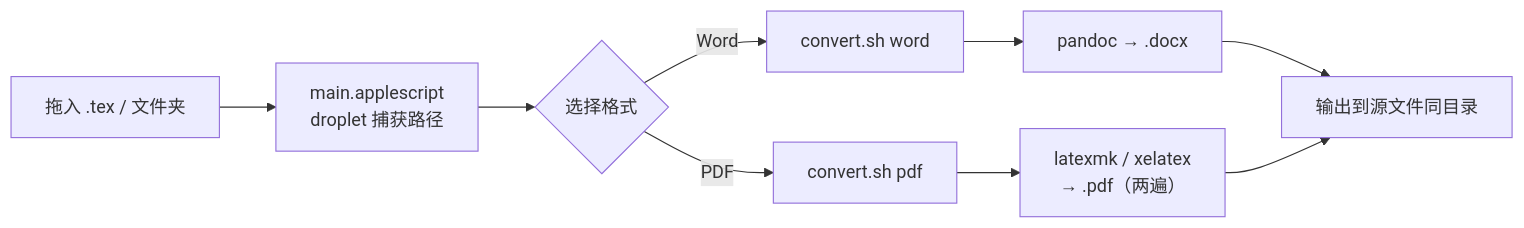
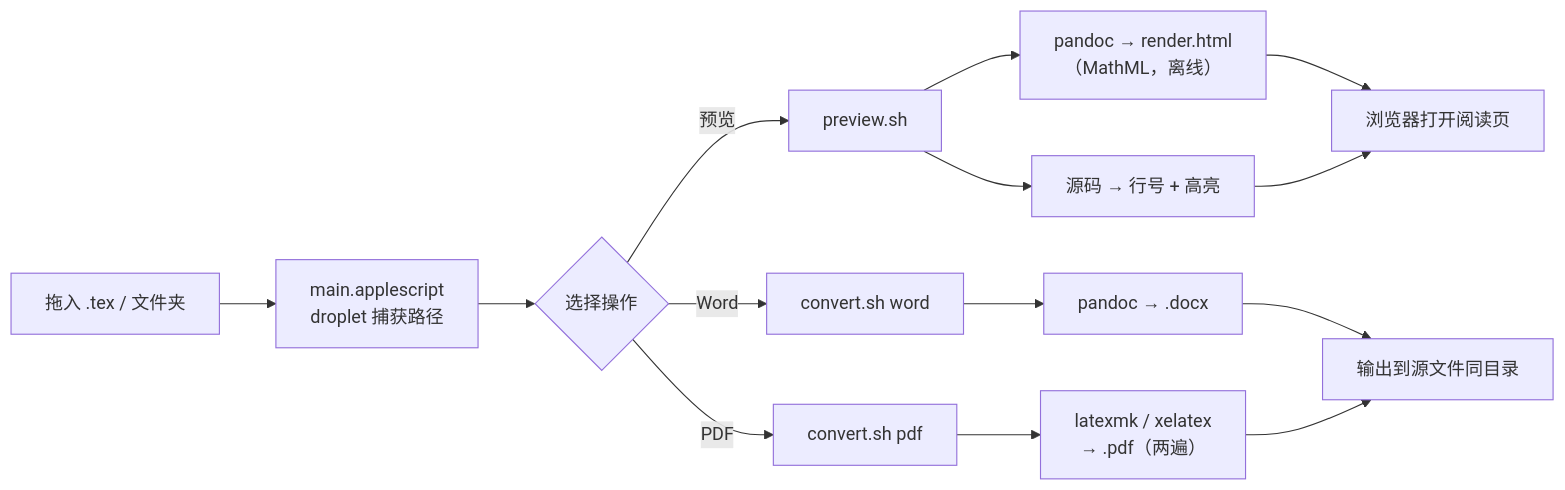
Before and after one commit to boff868/latex-convert: the diagram in README.md, drawn with Mermaid. The commit also changed other lines of this file and 4 other files, not shown here.

````diff
--- a/README.md
+++ b/README.md
@@ -89,11 +98,16 @@
 ```mermaid
 flowchart LR
     A["拖入 .tex / 文件夹"] --> B["main.applescript<br/>droplet 捕获路径"]
-    B --> C{"选择格式"}
+    B --> C{"选择操作"}
+    C -->|预览| P["preview.sh"]
     C -->|Word| D["convert.sh word"]
     C -->|PDF| E["convert.sh pdf"]
+    P --> P1["pandoc → render.html<br/>（MathML，离线）"]
+    P --> P2["源码 → 行号 + 高亮"]
+    P1 --> P3["浏览器打开阅读页"]
+    P2 --> P3
     D --> F["pandoc → .docx"]
     E --> G["latexmk / xelatex<br/>→ .pdf（两遍）"]
     F --> H["输出到源文件同目录"]
     G --> H
 ```
````
